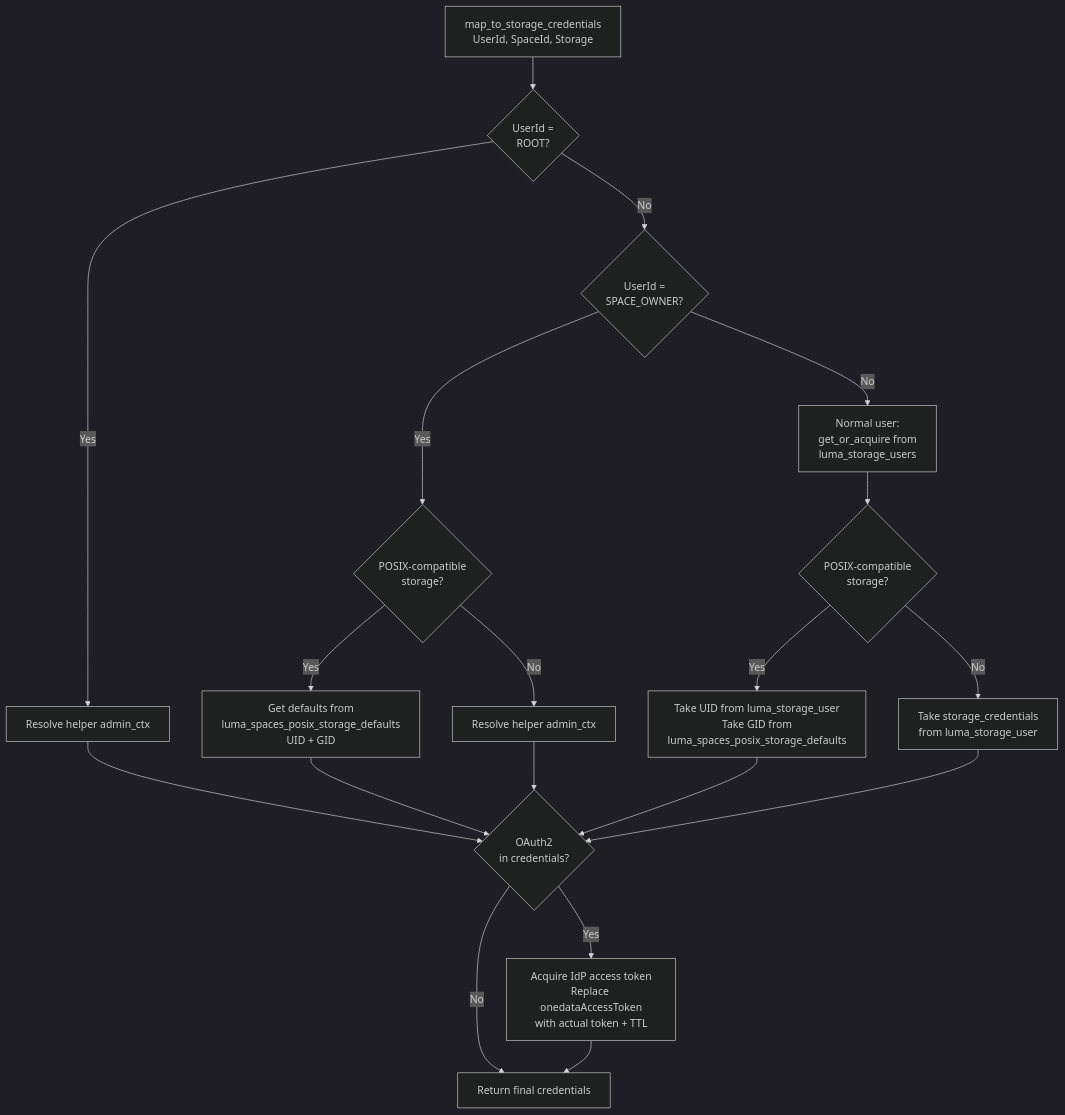
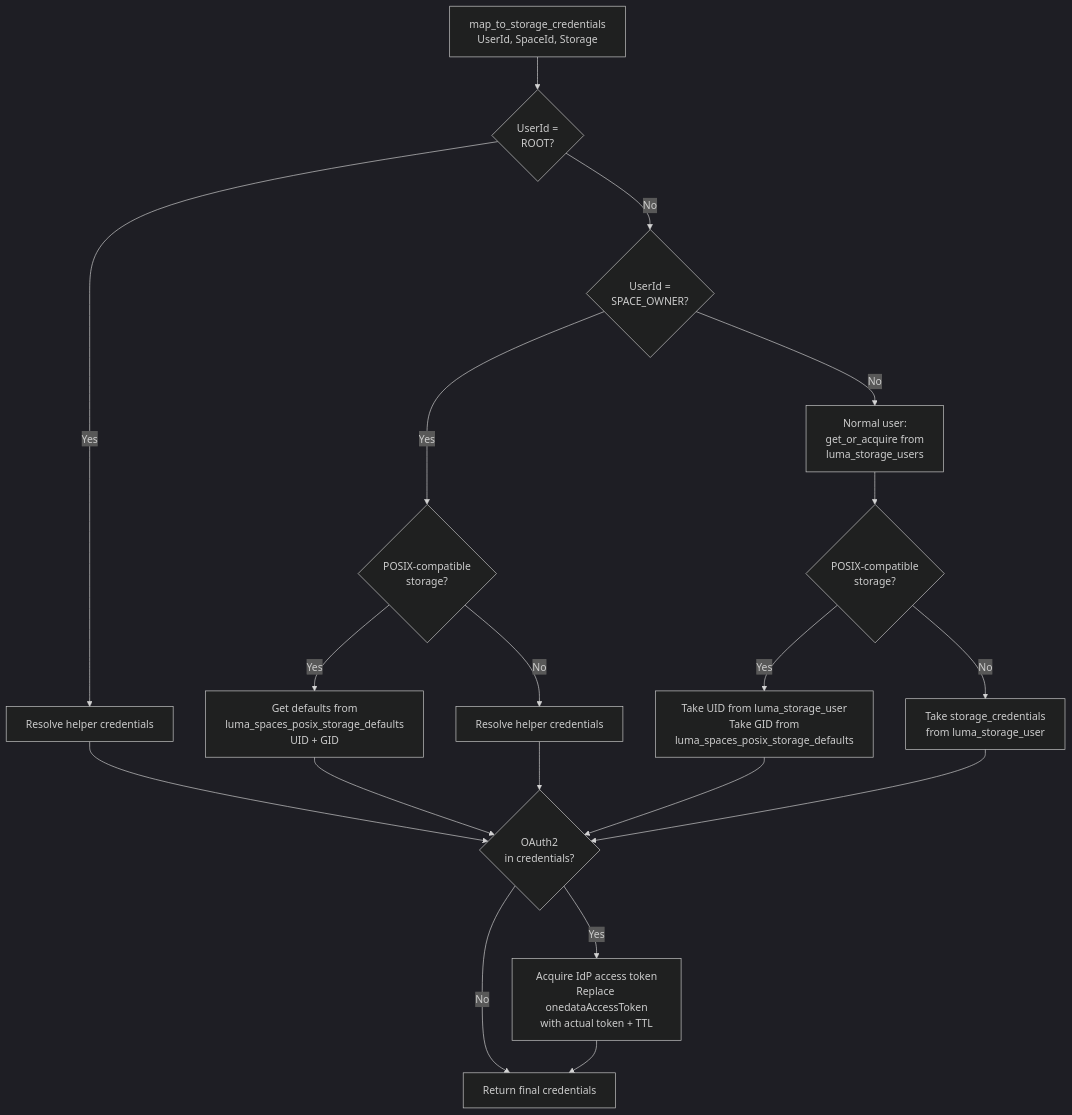
Before and after one commit to onedata/op-worker: the fifth of 6 diagrams in doc/architecture/storage/luma/credential-resolution.md, drawn with Mermaid (dark theme). The commit also changed other lines of this file and 82 other files, not shown here.

````diff
--- a/doc/architecture/storage/luma/credential-resolution.md
+++ b/doc/architecture/storage/luma/credential-resolution.md
@@ -217,31 +217,31 @@
 ```mermaid
 flowchart TB
     Start[map_to_storage_credentials<br/>UserId, SpaceId, Storage]
 
     Start --> IsRoot{UserId =<br/>ROOT?}
-    IsRoot -->|Yes| AdminCtx[Resolve helper admin_ctx]
+    IsRoot -->|Yes| AdminCredentials[Resolve helper credentials]
 
     IsRoot -->|No| IsSpaceOwner{UserId =<br/>SPACE_OWNER?}
 
     IsSpaceOwner -->|Yes| IsPosixOwner{POSIX-compatible<br/>storage?}
     IsPosixOwner -->|Yes| OwnerPosix[Get defaults from<br/>luma_spaces_posix_storage_defaults<br/>UID + GID]
-    IsPosixOwner -->|No| OwnerNonPosix[Resolve helper admin_ctx]
+    IsPosixOwner -->|No| OwnerNonPosix[Resolve helper credentials]
 
     IsSpaceOwner -->|No| NormalUser[Normal user:<br/>get_or_acquire from<br/>luma_storage_users]
 
     NormalUser --> IsPosixNormal{POSIX-compatible<br/>storage?}
 
     IsPosixNormal -->|Yes| PosixNormal[Take UID from luma_storage_user<br/>Take GID from<br/>luma_spaces_posix_storage_defaults]
 
     IsPosixNormal -->|No| NonPosixNormal[Take storage_credentials<br/>from luma_storage_user]
 
-    AdminCtx --> IsOAuth{OAuth2<br/>in credentials?}
+    AdminCredentials --> IsOAuth{OAuth2<br/>in credentials?}
     OwnerPosix --> IsOAuth
     OwnerNonPosix --> IsOAuth
     PosixNormal --> IsOAuth
     NonPosixNormal --> IsOAuth
 
     IsOAuth -->|Yes| OAuth[Acquire IdP access token<br/>Replace onedataAccessToken<br/>with actual token + TTL]
     IsOAuth -->|No| Done[Return final credentials]
     OAuth --> Done
 ```
````
